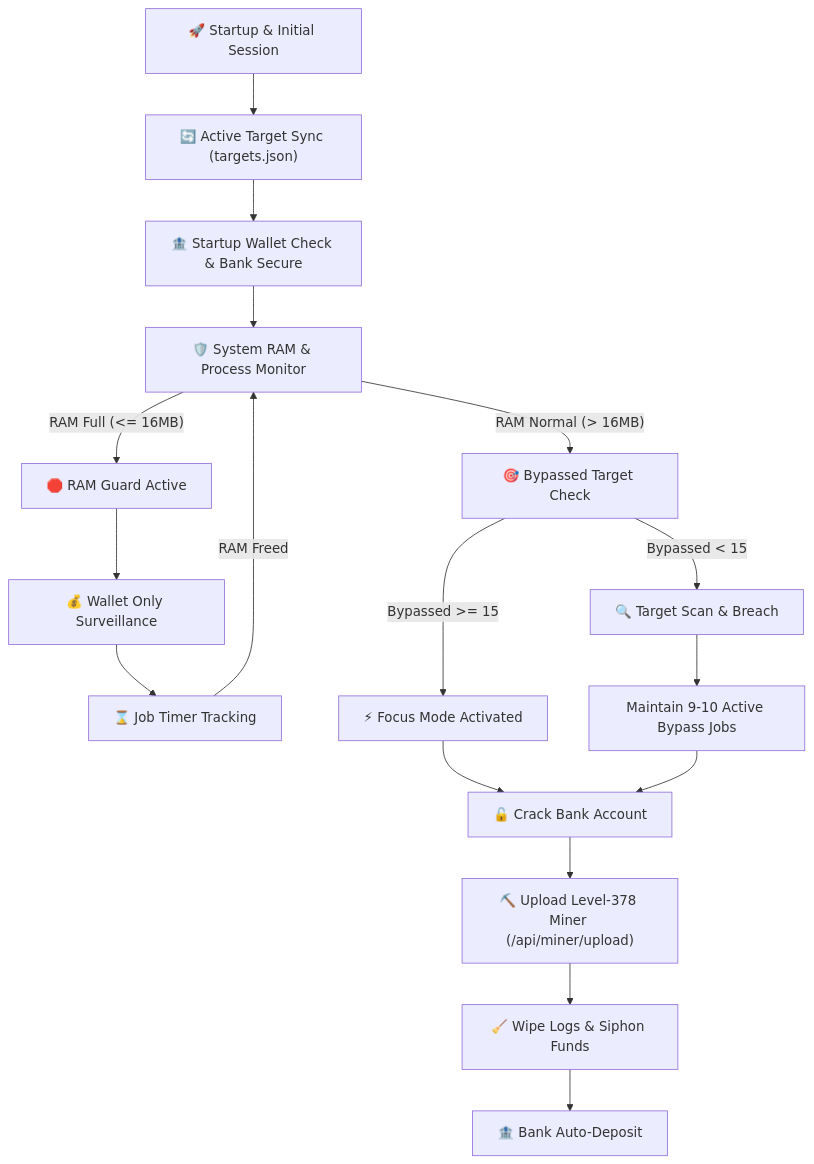
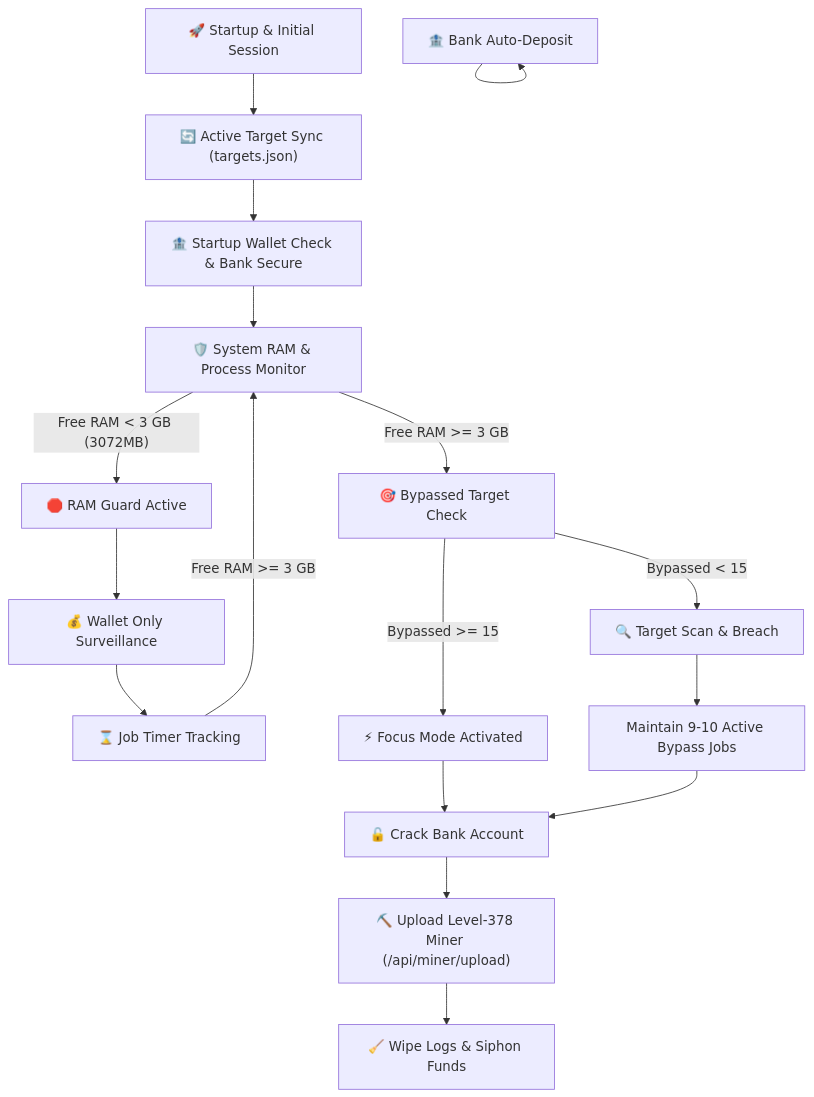
One commit to sakfi/LyOs-Bot changed the diagram in README.md. Above: the diagram before and after it, drawn with Mermaid. The commit also changed other lines of this file and 3 other files, not shown here.

````diff
--- a/README.md
+++ b/README.md
@@ -55,23 +55,23 @@
 ```mermaid
 graph TD
     A["🚀 Startup & Initial Session"] --> S["🔄 Active Target Sync (targets.json)"]
     S --> B["🏦 Startup Wallet Check & Bank Secure"]
     B --> C["🛡️ System RAM & Process Monitor"]
     
-    C -->|"RAM Full (<= 16MB)"| D["🛑 RAM Guard Active"]
+    C -->|"Free RAM < 3 GB (3072MB)"| D["🛑 RAM Guard Active"]
     D --> D1["💰 Wallet Only Surveillance"]
     D1 --> D2["⌛ Job Timer Tracking"]
-    D2 -->|"RAM Freed"| C
+    D2 -->|"Free RAM >= 3 GB"| C
     
-    C -->|"RAM Normal (> 16MB)"| E["🎯 Bypassed Target Check"]
+    C -->|"Free RAM >= 3 GB"| E["🎯 Bypassed Target Check"]
     
     E -->|"Bypassed >= 15"| F["⚡ Focus Mode Activated"]
     F --> F1["🔓 Crack Bank Account"]
     F1 --> F2["⛏️ Upload Level-378 Miner (/api/miner/upload)"]
     F2 --> F3["🧹 Wipe Logs & Siphon Funds"]
-    F3 --> F4["🏦 Bank Auto-Deposit"]
+    F4 --> F4["🏦 Bank Auto-Deposit"]
     
     E -->|"Bypassed < 15"| G["🔍 Target Scan & Breach"]
     G --> G1["Maintain 9-10 Active Bypass Jobs"]
     G1 --> F1
 ```
````
